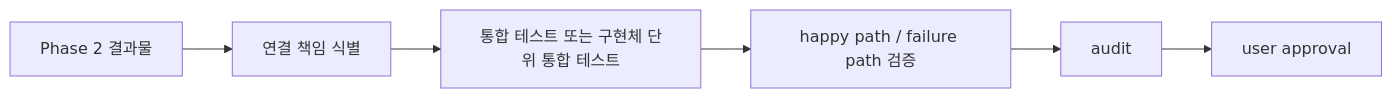
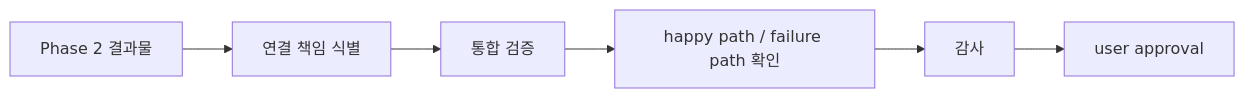
Before and after one commit to JisungValue/harness-kit: the seventh of 9 diagrams in README.md, drawn with Mermaid. The commit also changed other lines of this file, not shown here.

Commit message:
refocus README on downstream harness flow

````diff
--- a/README.md
+++ b/README.md
@@ -157,8 +123,8 @@
 ```mermaid
 flowchart LR
     A[Phase 2 결과물] --> B[연결 책임 식별]
-    B --> C[통합 테스트 또는 구현체 단위 통합 테스트]
-    C --> D[happy path / failure path 검증]
-    D --> E[audit]
+    B --> C[통합 검증]
+    C --> D[happy path / failure path 확인]
+    D --> E[감사]
     E --> F[user approval]
 ```
````
